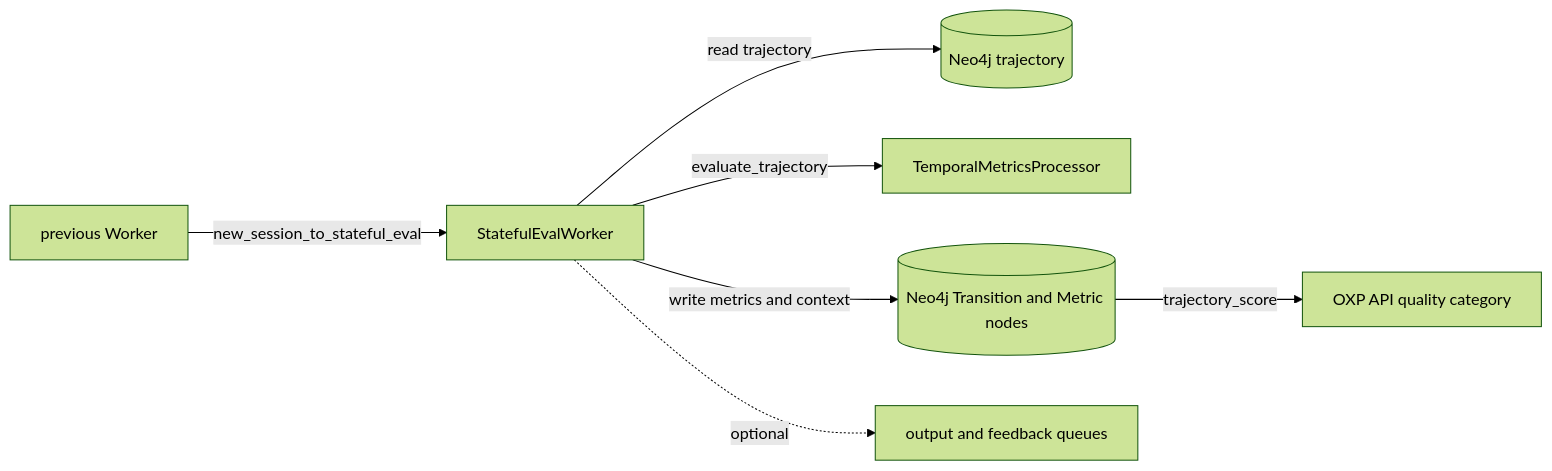
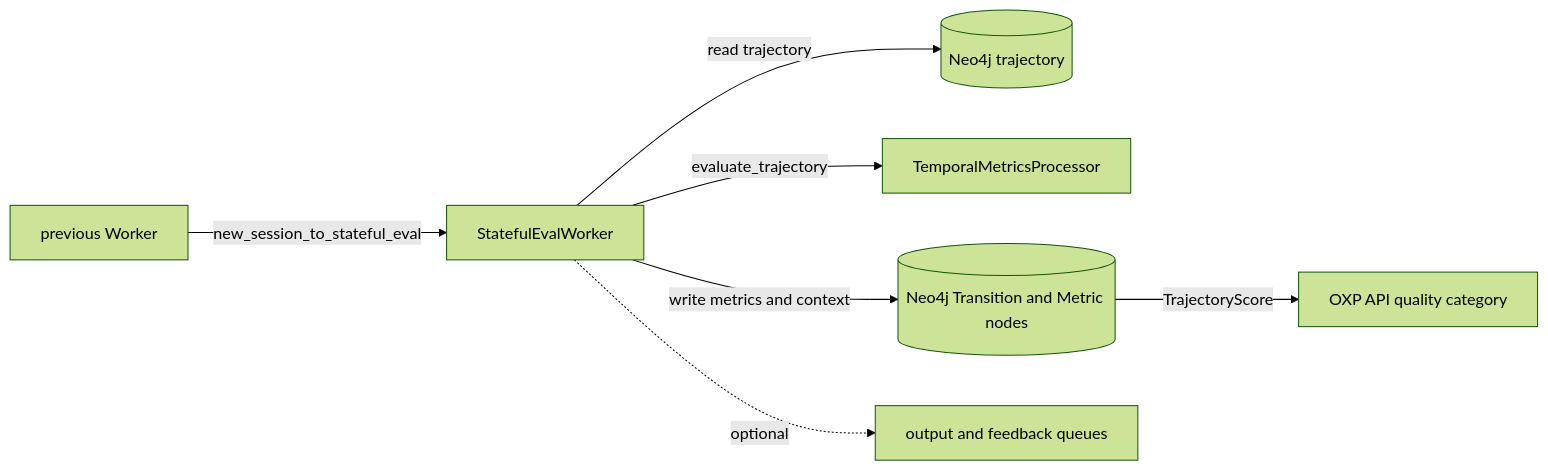
The diagram in backend/workers/stateful-eval-worker/README.md (outshift-open/observe-and-explain-platform), drawn with Mermaid (forest theme) before and after one commit. The commit also changed other lines of this file and 19 other files, not shown here.

Commit message:
refactor(backend): rename trajectory_score to camelCase format

````diff
--- a/backend/workers/stateful-eval-worker/README.md
+++ b/backend/workers/stateful-eval-worker/README.md
@@ -17,9 +17,9 @@
 ```mermaid
 flowchart LR
     A[previous Worker] -->|new_session_to_stateful_eval| B[StatefulEvalWorker]
     B -->|read trajectory| C[(Neo4j trajectory)]
     B -->|evaluate_trajectory| D[TemporalMetricsProcessor]
     B -->|write metrics and context| E[(Neo4j Transition and Metric nodes)]
-    E -->|trajectory_score| F[OXP API quality category]
+    E -->|TrajectoryScore| F[OXP API quality category]
     B -.->|optional| G[output and feedback queues]
 ```
````
